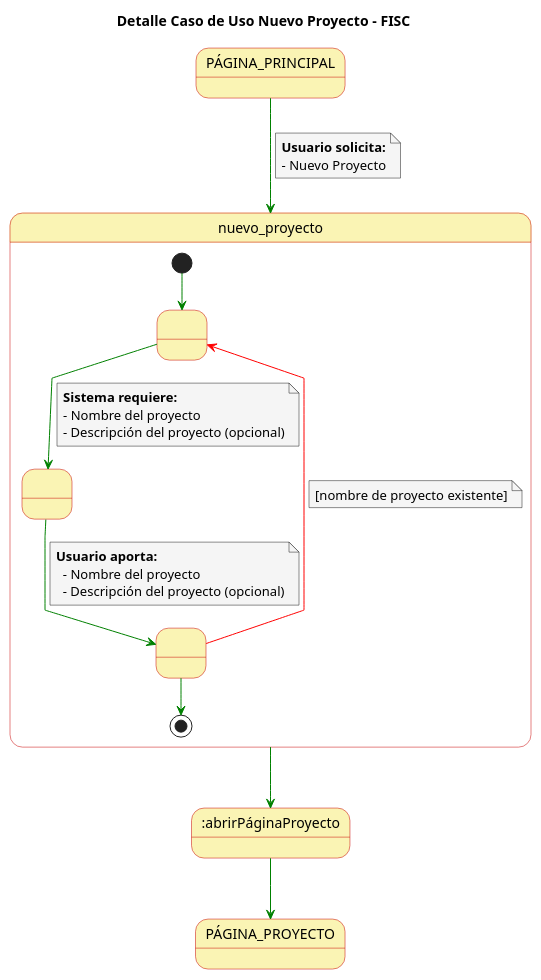
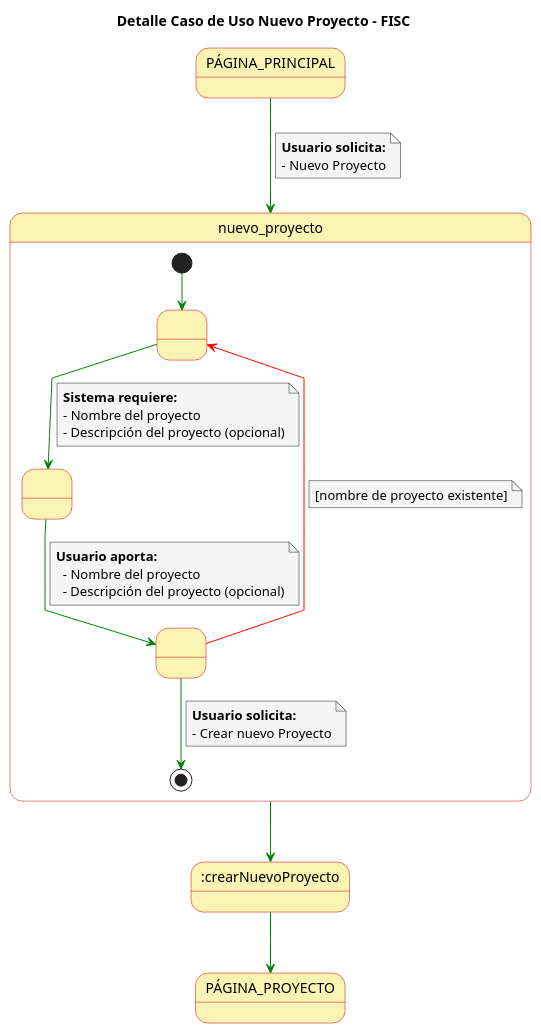
The diagram in casosDeUso/detallesCasosUso/detalleCasoUsoNuevoProyecto.puml (mmasias/23-24-IdSw1-SDR), drawn with PlantUML before and after one commit. The commit also changed 94 other files, not shown here.

```diff
--- a/casosDeUso/detallesCasosUso/detalleCasoUsoNuevoProyecto.puml
+++ b/casosDeUso/detallesCasosUso/detalleCasoUsoNuevoProyecto.puml
@@ -1,52 +1,57 @@
 @startuml
 
 skinparam state {
   BackgroundColor #faf4b4
   BorderColor #c90000
 }
 
 skinparam note {
   BackgroundColor #f5f5f5
 }
 
 skinparam linetype polyline
 
 title Detalle Caso de Uso Nuevo Proyecto - FISC
 
 
 PÁGINA_PRINCIPAL-[#green]-> nuevo_proyecto
 note on link
   **Usuario solicita:**
   - Nuevo Proyecto
 end note
 
 state nuevo_proyecto{
   state 1 as " "
   state 2 as " "
   state 3 as " "
   
   [*] -[#green]->1
   1 -[#green]-> 2
   note on link
       **Sistema requiere:**
       - Nombre del proyecto
       - Descripción del proyecto (opcional)
   end note
   2 -[#green]-> 3
   note on link
     **Usuario aporta:**
       - Nombre del proyecto
       - Descripción del proyecto (opcional)
   end note
   3 -[#red]-> 1
   note on link
     [nombre de proyecto existente]
   end note
   3 -[#green]-> [*]
+   note on link
+     **Usuario solicita:**
+     - Crear nuevo Proyecto
+   end note
+
 }
 
-nuevo_proyecto-[#green]-> :abrirPáginaProyecto
+nuevo_proyecto-[#green]-> :crearNuevoProyecto
 
-:abrirPáginaProyecto -[#green]-> PÁGINA_PROYECTO
+:crearNuevoProyecto -[#green]-> PÁGINA_PROYECTO
 
 @enduml
```
